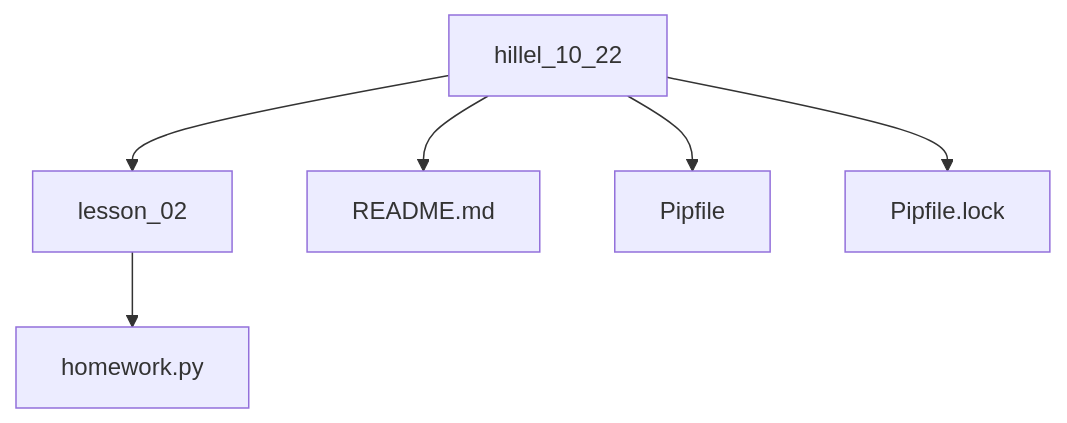
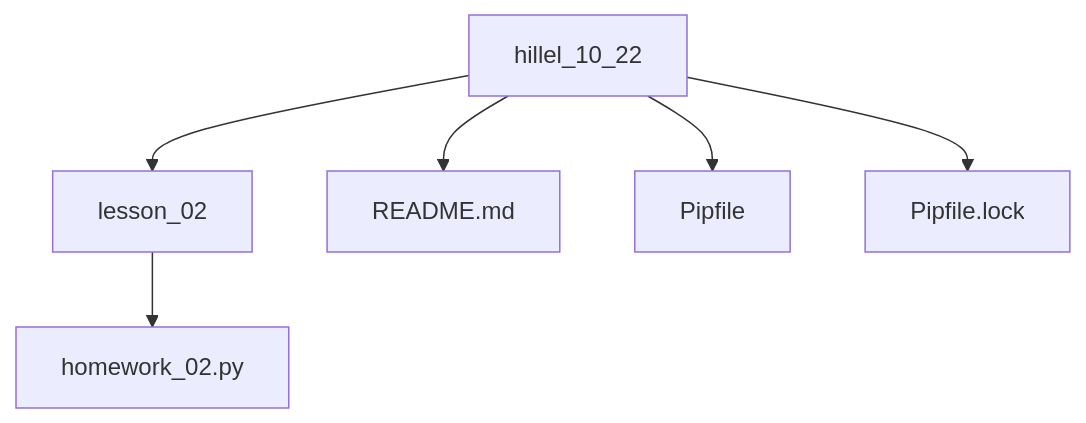
The diagram in README.md (IDmitryA/hillel_10_22), drawn with Mermaid before and after one commit. The commit also changed 1 other file, not shown here.

Commit message:
test commit

````diff
--- a/README.md
+++ b/README.md
@@ -5,8 +5,8 @@
 ```mermaid
 graph TD
 hillel_10_22 --> lesson_02
 hillel_10_22 --> README.md
 hillel_10_22 --> Pipfile
 hillel_10_22 --> Pipfile.lock
-lesson_02 --> homework.py
+lesson_02 --> homework_02.py
 ```
````
